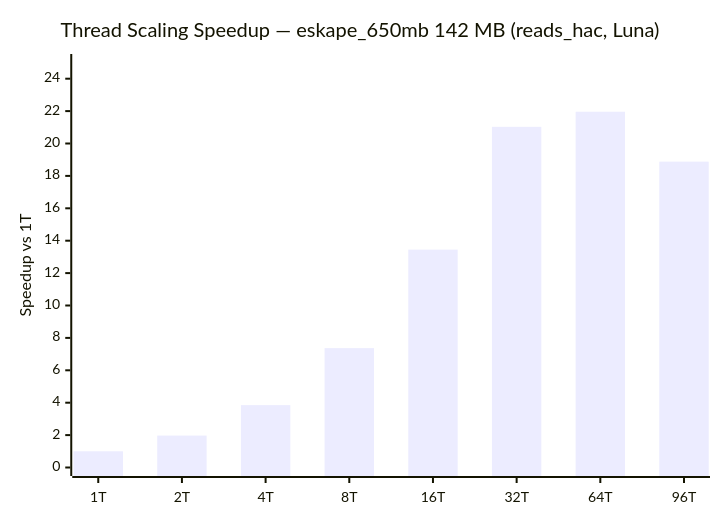
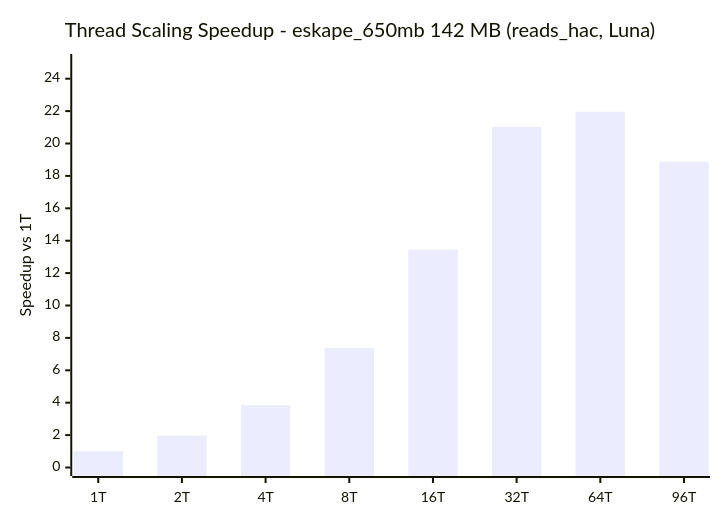
One commit to KathpaliaChirag/Nanopore-project changed diagram 16 of 26 in README.md. Above: the diagram before and after it, drawn with Mermaid. The commit also changed other lines of this file and 4 other files, not shown here.

````diff
--- a/README.md
+++ b/README.md
@@ -641,7 +676,7 @@
 ```mermaid
 xychart-beta
-    title "Thread Scaling Speedup — eskape_650mb 142 MB (reads_hac, Luna)"
+    title "Thread Scaling Speedup - eskape_650mb 142 MB (reads_hac, Luna)"
     x-axis ["1T", "2T", "4T", "8T", "16T", "32T", "64T", "96T"]
     y-axis "Speedup vs 1T" 0 --> 25
     bar [1.0, 1.97, 3.85, 7.37, 13.45, 21.03, 21.96, 18.88]
 ```
````
